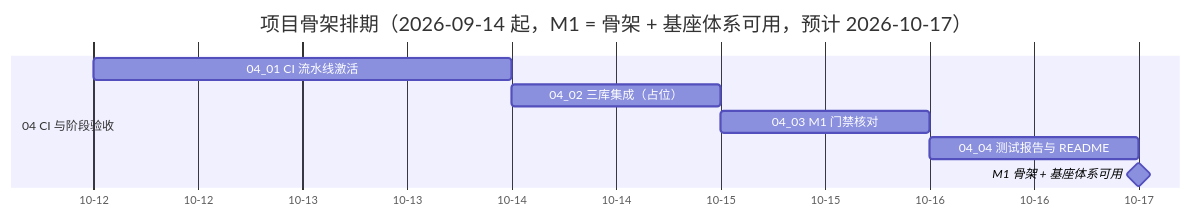
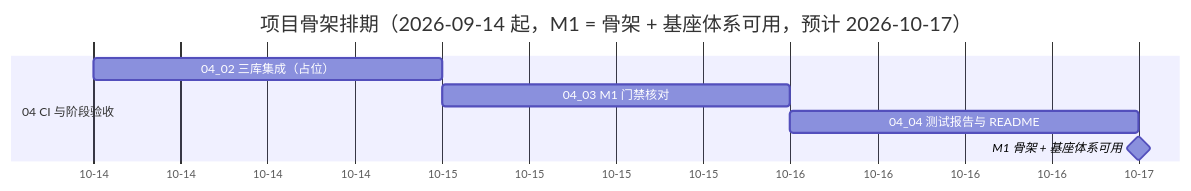
Before and after one commit to minjian123/basic-management-system: the diagram in bms文档/项目/01_项目骨架/计划/01_计划_项目骨架.md, drawn with Mermaid. The commit also changed other lines of this file and 8 other files, not shown here.

````diff
--- a/bms文档/项目/01_项目骨架/计划/01_计划_项目骨架.md
+++ b/bms文档/项目/01_项目骨架/计划/01_计划_项目骨架.md
@@ -112,12 +113,11 @@
 ```mermaid
 gantt
     title 项目骨架排期（2026-09-14 起，M1 = 骨架 + 基座体系可用，预计 2026-10-17）
     dateFormat  YYYY-MM-DD
     axisFormat %m-%d
     section 04 CI 与阶段验收
-    04_01 CI 流水线激活    :a41, 2026-10-12, 2d
     04_02 三库集成（占位） :a42, 2026-10-14, 1d
     04_03 M1 门禁核对      :a43, 2026-10-15, 1d
     04_04 测试报告与 README :a44, 2026-10-16, 1d
     M1 骨架 + 基座体系可用 :milestone, m1, 2026-10-17, 0d
 ```
````
